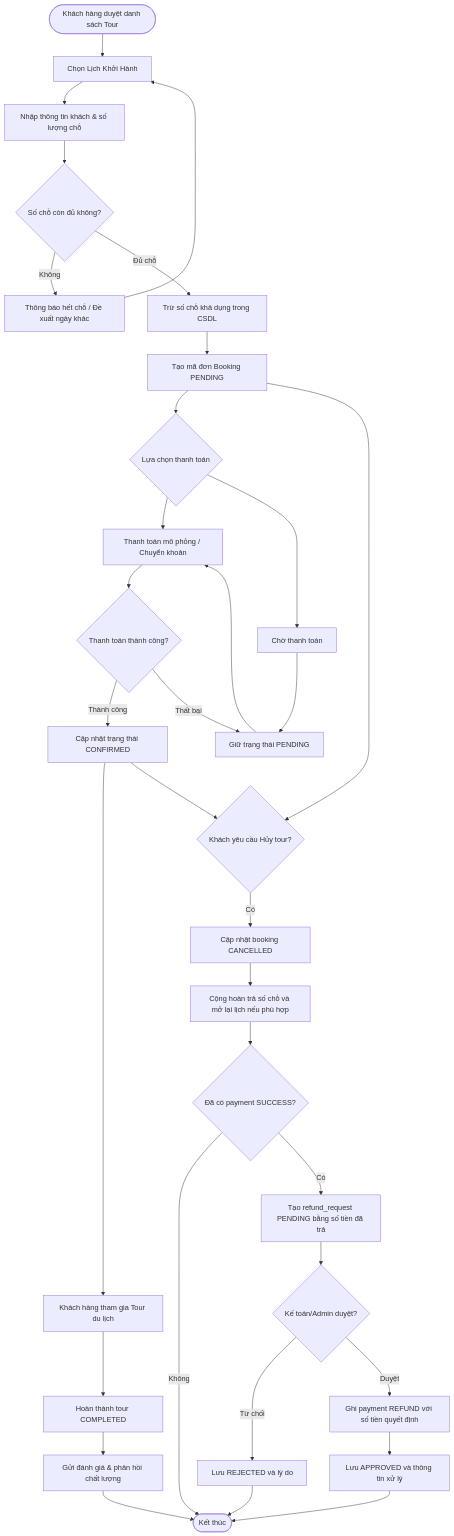
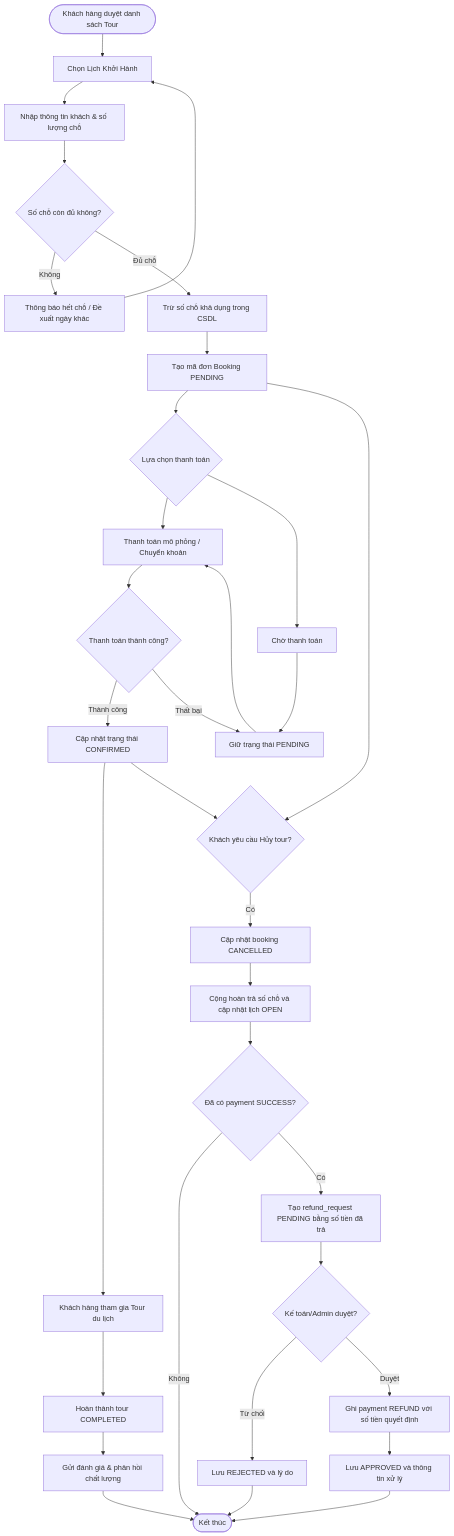
The sixth of 7 diagrams in docs/uml-diagrams.md (dtc245220010ictu/Tour_AI), drawn with Mermaid before and after one commit. The commit also changed other lines of this file, not shown here.

Commit message:
docs: align UML with implementation

````diff
--- a/docs/uml-diagrams.md
+++ b/docs/uml-diagrams.md
@@ -503,42 +525,42 @@
 ```mermaid
 flowchart TD
     Start([Khách hàng duyệt danh sách Tour]) --> SelectSchedule[Chọn Lịch Khởi Hành]
     SelectSchedule --> InputInfo[Nhập thông tin khách & số lượng chỗ]
     InputInfo --> CheckSeats{Số chỗ còn đủ không?}
     
     CheckSeats -- Không --> NotifyFull[Thông báo hết chỗ / Đề xuất ngày khác]
     NotifyFull --> SelectSchedule
     
     CheckSeats -- Đủ chỗ --> LockSeats[Trừ số chỗ khả dụng trong CSDL]
     LockSeats --> CreateBooking[Tạo mã đơn Booking PENDING]
     CreateBooking --> ChoosePayment{Lựa chọn thanh toán}
     
     ChoosePayment --> PayOnline[Thanh toán mô phỏng / Chuyển khoản]
     ChoosePayment --> PayLater[Chờ thanh toán]
     
     PayOnline --> CheckPaymentSuccess{Thanh toán thành công?}
     CheckPaymentSuccess -- Thành công --> ConfirmBooking[Cập nhật trạng thái CONFIRMED]
     CheckPaymentSuccess -- Thất bại --> RemainPending[Giữ trạng thái PENDING]
     
     PayLater --> RemainPending
     RemainPending --> PayOnline
     
     ConfirmBooking --> TravelProcess[Khách hàng tham gia Tour du lịch]
     TravelProcess --> FinishTour[Hoàn thành tour COMPLETED]
     FinishTour --> SendFeedback[Gửi đánh giá & phản hồi chất lượng]
     SendFeedback --> End([Kết thúc])
 
     CreateBooking --> CustomerCancel{Khách yêu cầu Hủy tour?}
     ConfirmBooking --> CustomerCancel
     CustomerCancel -- Có --> UpdateCancelled[Cập nhật booking CANCELLED]
-    UpdateCancelled --> ReleaseSeats[Cộng hoàn trả số chỗ và mở lại lịch nếu phù hợp]
+    UpdateCancelled --> ReleaseSeats[Cộng hoàn trả số chỗ và cập nhật lịch OPEN]
     ReleaseSeats --> CheckPaid{Đã có payment SUCCESS?}
     CheckPaid -- Không --> End
     CheckPaid -- Có --> CreateRefundRequest[Tạo refund_request PENDING bằng số tiền đã trả]
     CreateRefundRequest --> AccountantDecision{Kế toán/Admin duyệt?}
     AccountantDecision -- Từ chối --> RejectRefund[Lưu REJECTED và lý do]
     AccountantDecision -- Duyệt --> RecordRefund[Ghi payment REFUND với số tiền quyết định]
     RecordRefund --> ApproveRefund[Lưu APPROVED và thông tin xử lý]
     RejectRefund --> End
     ApproveRefund --> End
 ```
````
